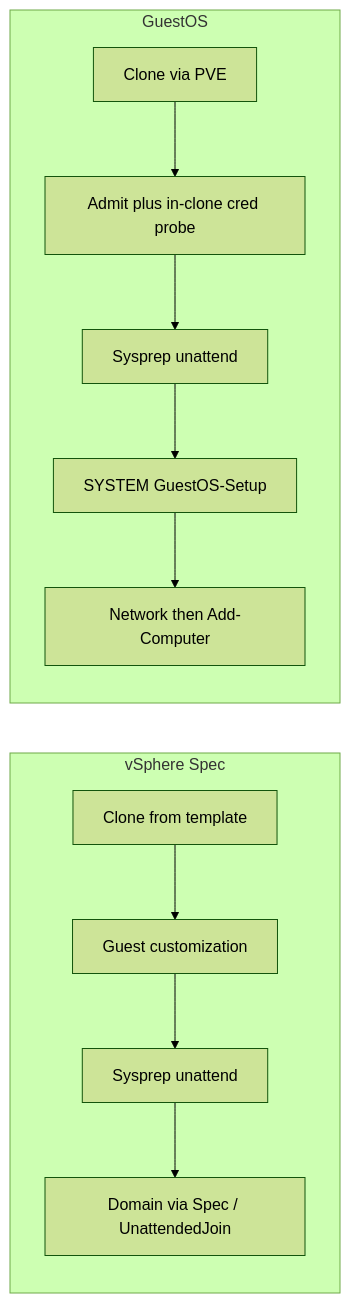
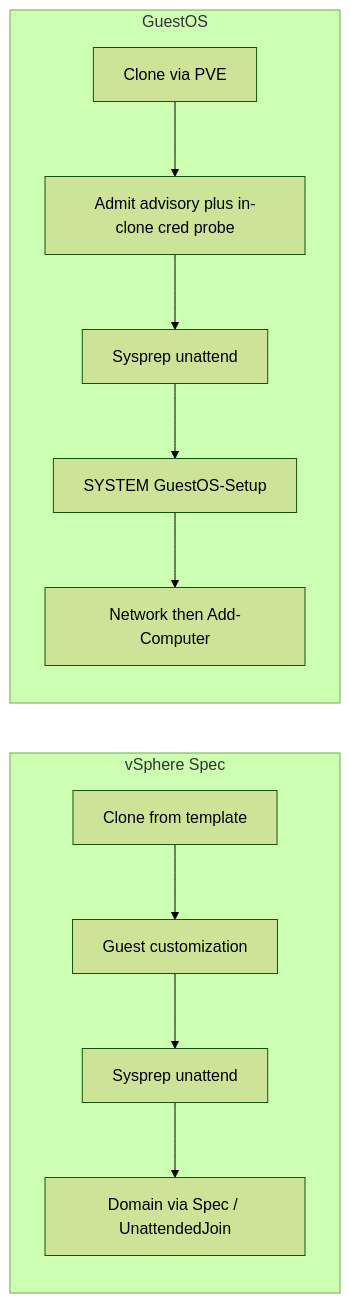
One commit to RobertLukan/proxmox-guestos-customization changed the diagram in docs/VMWARE_GAP_ANALYSIS.md. Above: the diagram before and after it, drawn with Mermaid (forest theme). The commit also changed other lines of this file and 14 other files, not shown here.

````diff
--- a/docs/VMWARE_GAP_ANALYSIS.md
+++ b/docs/VMWARE_GAP_ANALYSIS.md
@@ -49,14 +50,14 @@
 ```mermaid
 flowchart LR
   subgraph vmware [vSphere Spec]
     VClone[Clone from template] --> VCust[Guest customization]
     VCust --> VSysprep[Sysprep unattend]
     VSysprep --> VJoin[Domain via Spec / UnattendedJoin]
   end
   subgraph guestos [GuestOS]
-    GClone[Clone via PVE] --> GProbe[Admit plus in-clone cred probe]
+    GClone[Clone via PVE] --> GProbe[Admit advisory plus in-clone cred probe]
     GProbe --> GSysprep[Sysprep unattend]
     GSysprep --> GTask[SYSTEM GuestOS-Setup]
     GTask --> GNet[Network then Add-Computer]
   end
 ```
````
